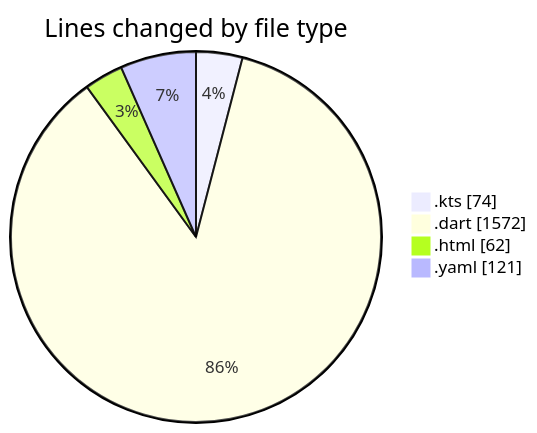
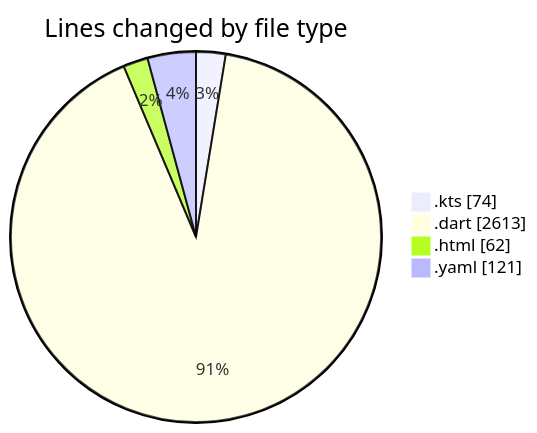
One commit to lephambinh05/code-tracking changed the first of 2 diagrams in 2025-08-03/studybuddy/README.md. Above: the diagram before and after it, drawn with Mermaid. The commit also changed other lines of this file and 1 other file, not shown here.

````diff
--- a/2025-08-03/studybuddy/README.md
+++ b/2025-08-03/studybuddy/README.md
@@ -34,8 +38,8 @@
 ```mermaid
 pie showData
 title Lines changed by file type
 ".kts" : 74
-".dart" : 1572
+".dart" : 2613
 ".html" : 62
 ".yaml" : 121
 ```
````
